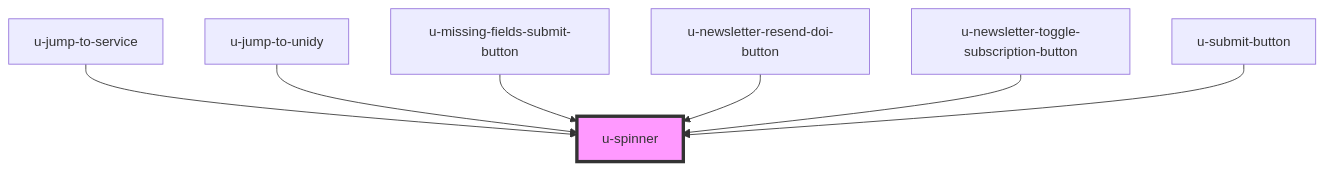
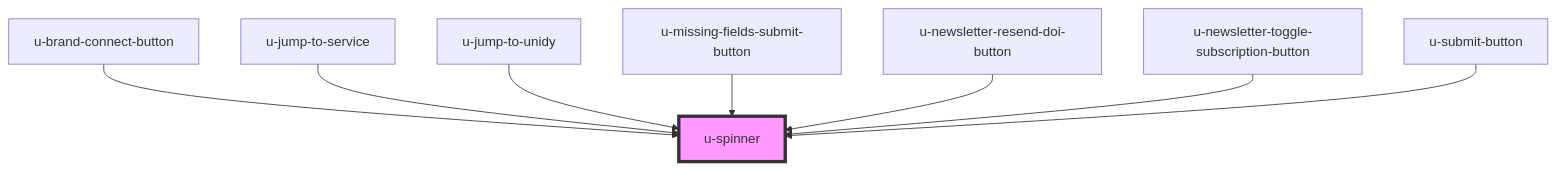
Before and after one commit to UnidyID/unidy-sdk: the diagram in packages/sdk/src/shared/components/spinner/readme.md, drawn with Mermaid. The commit also changed other lines of this file and 21 other files, not shown here.

First line of the commit message:
feat: Add brand connect flow for SDK login (#191)

````diff
--- a/packages/sdk/src/shared/components/spinner/readme.md
+++ b/packages/sdk/src/shared/components/spinner/readme.md
@@ -107,10 +108,11 @@
 ```mermaid
 graph TD;
+  u-brand-connect-button --> u-spinner
   u-jump-to-service --> u-spinner
   u-jump-to-unidy --> u-spinner
   u-missing-fields-submit-button --> u-spinner
   u-newsletter-resend-doi-button --> u-spinner
   u-newsletter-toggle-subscription-button --> u-spinner
   u-submit-button --> u-spinner
   style u-spinner fill:#f9f,stroke:#333,stroke-width:4px
 ```
````
